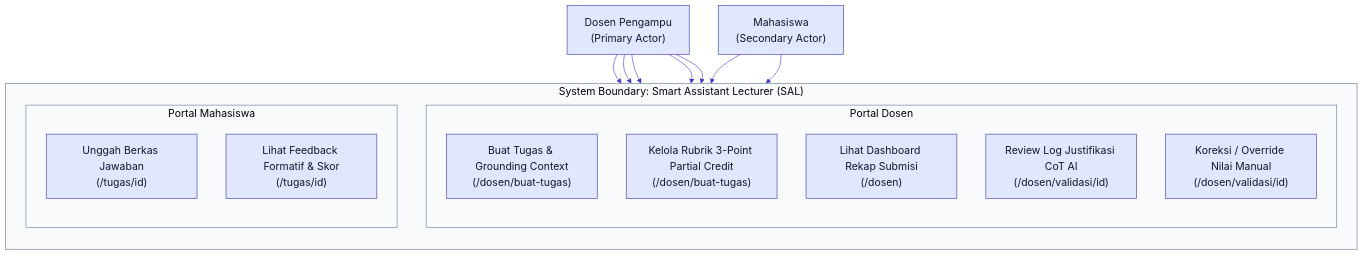
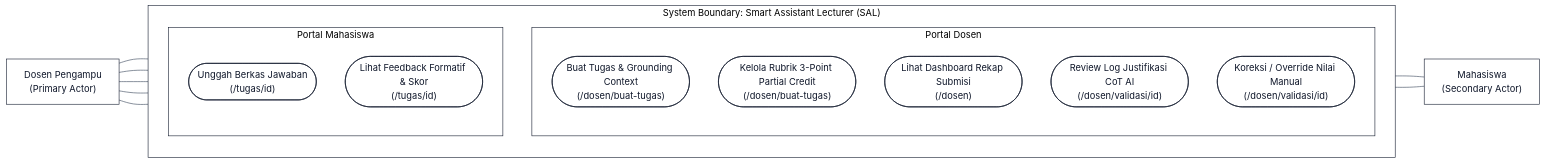
One commit to reyvanpurnama/smart-assistant-lecturer changed the first of 4 diagrams in docs/06_revisi_sidang_akhir/03_UML_USECASE_DAN_3_SEQUENCE_DIAGRAMS_BAB3.md. Above: the diagram before and after it, drawn with Mermaid. The commit also changed other lines of this file, not shown here.

Commit message:
fix(docs): format Use Case diagram to standard UML ovals and association lines

````diff
--- a/docs/06_revisi_sidang_akhir/03_UML_USECASE_DAN_3_SEQUENCE_DIAGRAMS_BAB3.md
+++ b/docs/06_revisi_sidang_akhir/03_UML_USECASE_DAN_3_SEQUENCE_DIAGRAMS_BAB3.md
@@ -29,46 +29,46 @@
 ```mermaid
 %%{init: {
   'theme': 'base',
   'themeVariables': {
     'fontFamily': 'Arial, sans-serif',
-    'fontSize': '18px',
-    'primaryColor': '#e0e7ff',
+    'fontSize': '16px',
+    'primaryColor': '#ffffff',
     'primaryTextColor': '#0f172a',
-    'primaryBorderColor': '#3730a3',
-    'lineColor': '#4338ca',
-    'clusterBkg': '#f8fafc',
-    'clusterBorder': '#64748b'
+    'primaryBorderColor': '#0f172a',
+    'lineColor': '#334155',
+    'clusterBkg': '#ffffff',
+    'clusterBorder': '#0f172a'
   }
 }}%%
-flowchart TB
+flowchart LR
     Dosen["Dosen Pengampu<br/>(Primary Actor)"]
 
     subgraph SystemBoundary["System Boundary: Smart Assistant Lecturer (SAL)"]
         direction TB
         subgraph DosenPages["Portal Dosen"]
             direction TB
-            UC1["Buat Tugas & Grounding Context<br/>(/dosen/buat-tugas)"]
-            UC2["Kelola Rubrik 3-Point Partial Credit<br/>(/dosen/buat-tugas)"]
-            UC3["Lihat Dashboard Rekap Submisi<br/>(/dosen)"]
-            UC4["Review Log Justifikasi CoT AI<br/>(/dosen/validasi/id)"]
-            UC5["Koreksi / Override Nilai Manual<br/>(/dosen/validasi/id)"]
+            UC1(["Buat Tugas & Grounding Context<br/>(/dosen/buat-tugas)"])
+            UC2(["Kelola Rubrik 3-Point Partial Credit<br/>(/dosen/buat-tugas)"])
+            UC3(["Lihat Dashboard Rekap Submisi<br/>(/dosen)"])
+            UC4(["Review Log Justifikasi CoT AI<br/>(/dosen/validasi/id)"])
+            UC5(["Koreksi / Override Nilai Manual<br/>(/dosen/validasi/id)"])
         end
 
         subgraph StudentPages["Portal Mahasiswa"]
             direction TB
-            UC6["Unggah Berkas Jawaban<br/>(/tugas/id)"]
-            UC7["Lihat Feedback Formatif & Skor<br/>(/tugas/id)"]
+            UC6(["Unggah Berkas Jawaban<br/>(/tugas/id)"])
+            UC7(["Lihat Feedback Formatif & Skor<br/>(/tugas/id)"])
         end
     end
 
     Mahasiswa["Mahasiswa<br/>(Secondary Actor)"]
 
-    Dosen --> UC1
-    Dosen --> UC2
-    Dosen --> UC3
-    Dosen --> UC4
-    Dosen --> UC5
+    Dosen --- UC1
+    Dosen --- UC2
+    Dosen --- UC3
+    Dosen --- UC4
+    Dosen --- UC5
 
-    Mahasiswa --> UC6
-    Mahasiswa --> UC7
+    UC6 --- Mahasiswa
+    UC7 --- Mahasiswa
 ```
````
